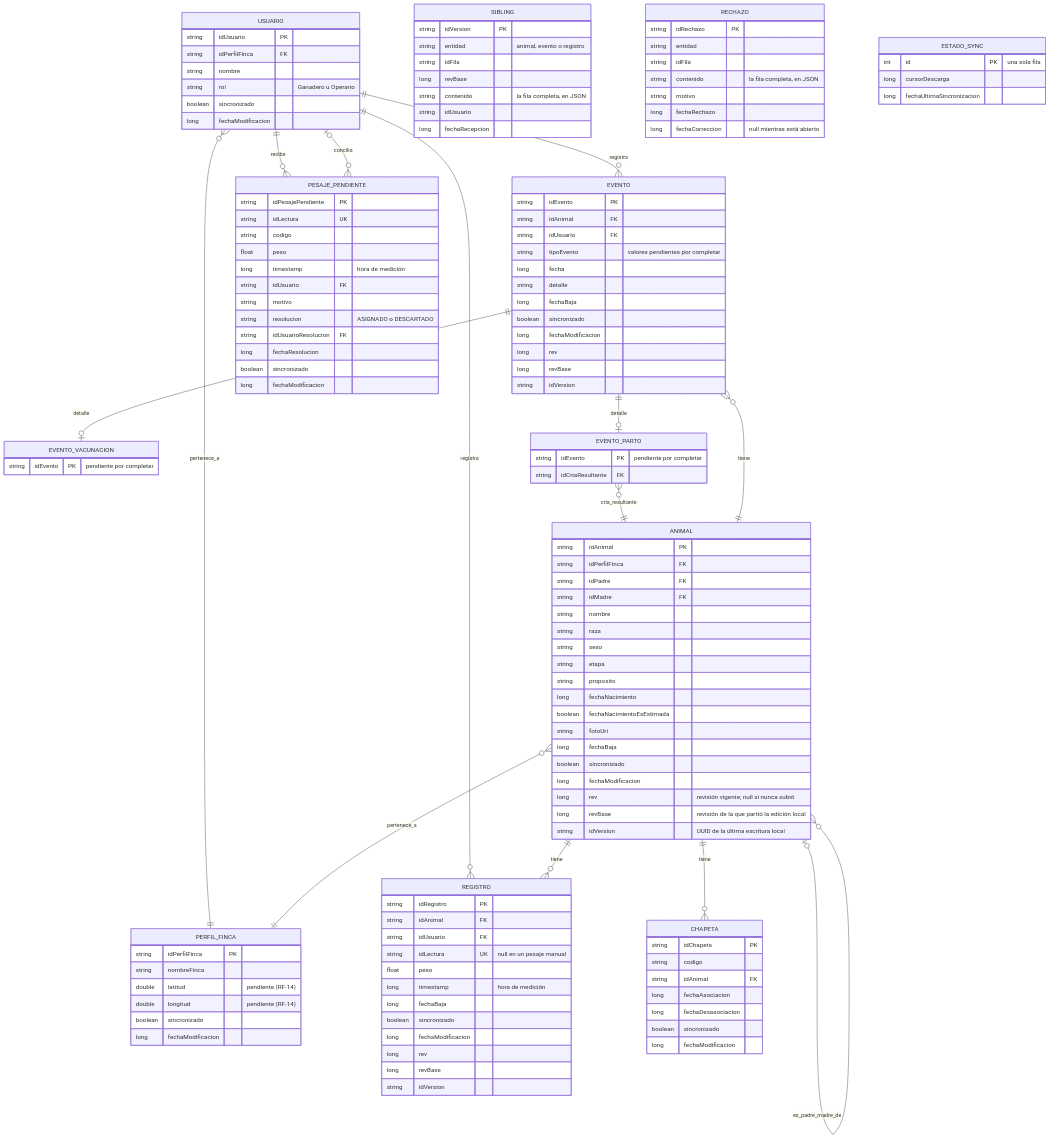
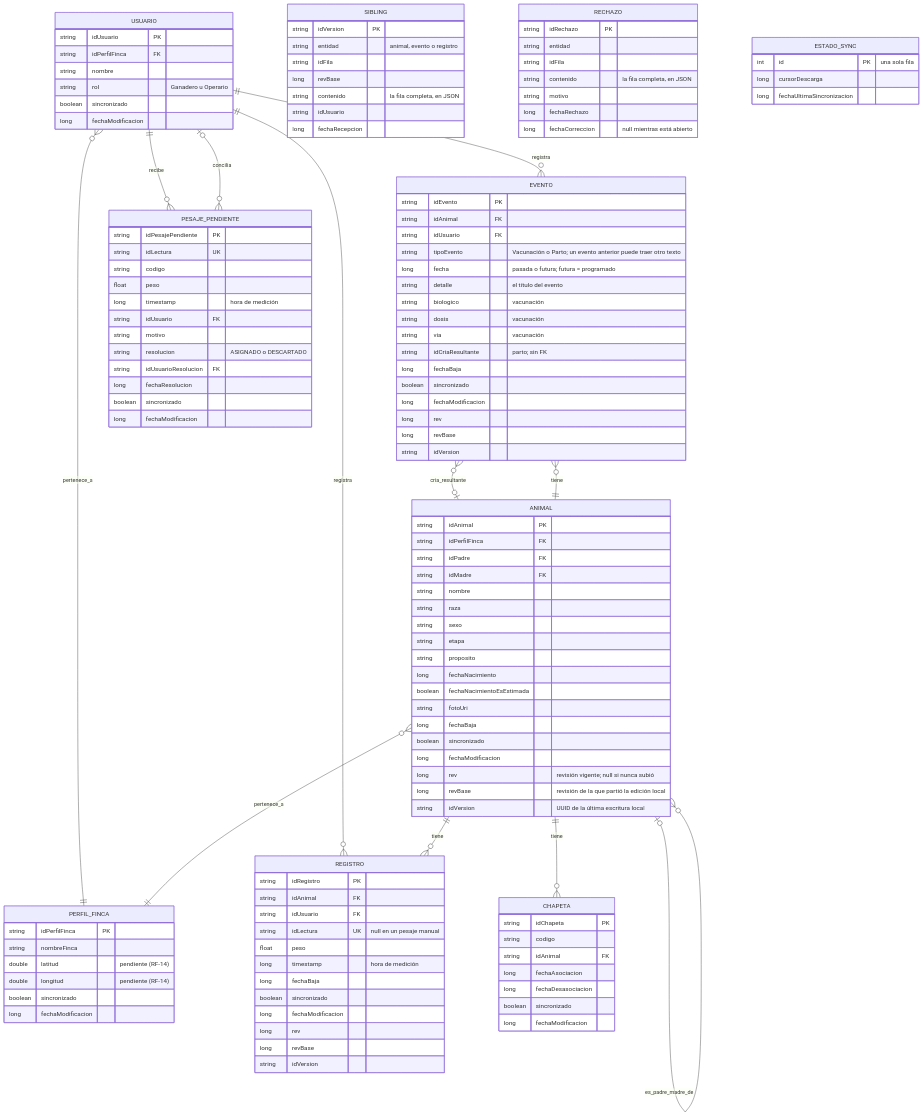
The diagram in docs/diagramas/diagrama-relaciones-trazabilidad-bovina.md (DevCris80/Degree-Work), drawn with Mermaid before and after one commit. The commit also changed other lines of this file and 5 other files, not shown here.

Commit message:
Docs: SRS, ER, C4 y vocabulario del dominio con el registro de eventos del issue 128

```diff
--- a/docs/diagramas/diagrama-relaciones-trazabilidad-bovina.md
+++ b/docs/diagramas/diagrama-relaciones-trazabilidad-bovina.md
@@ -14,9 +14,7 @@
     ANIMAL ||--o{ REGISTRO : tiene
     ANIMAL ||--o{ CHAPETA : tiene
     ANIMAL |o--o{ ANIMAL : es_padre_madre_de
-    EVENTO ||--o| EVENTO_VACUNACION : detalle
-    EVENTO ||--o| EVENTO_PARTO : detalle
-    EVENTO_PARTO }o--|| ANIMAL : cria_resultante
+    EVENTO }o--o| ANIMAL : cria_resultante
 
     USUARIO {
         string idUsuario PK
@@ -58,22 +56,19 @@
         string idEvento PK
         string idAnimal FK
         string idUsuario FK
-        string tipoEvento "valores pendientes por completar"
-        long fecha
-        string detalle
+        string tipoEvento "Vacunación o Parto; un evento anterior puede traer otro texto"
+        long fecha "pasada o futura; futura = programado"
+        string detalle "el título del evento"
+        string biologico "vacunación"
+        string dosis "vacunación"
+        string via "vacunación"
+        string idCriaResultante "parto; sin FK"
         long fechaBaja
         boolean sincronizado
         long fechaModificacion
         long rev
         long revBase
         string idVersion
-    }
-    EVENTO_VACUNACION {
-        string idEvento PK "pendiente por completar"
-    }
-    EVENTO_PARTO {
-        string idEvento PK "pendiente por completar"
-        string idCriaResultante FK
     }
     REGISTRO {
         string idRegistro PK
```
